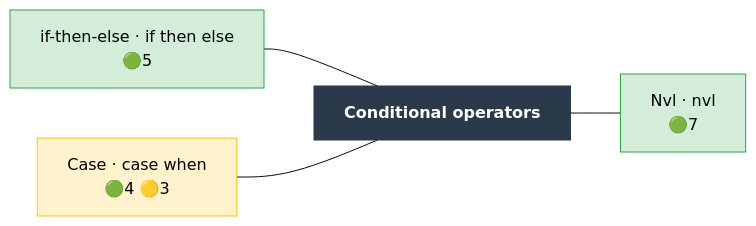
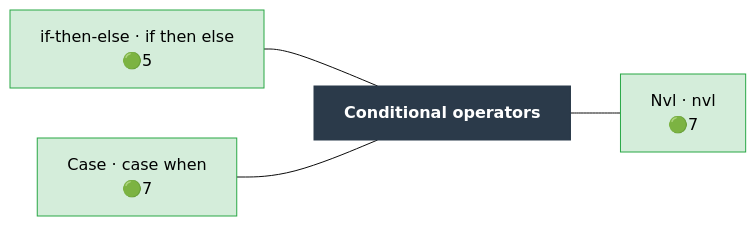
The diagram in docs/operator_map/conditional/index.rst (Meaningful-Data/vtlengine), drawn with Mermaid (base theme) before and after one commit. The commit also changed other lines of this file and 175 other files, not shown here.

```diff
--- a/docs/operator_map/conditional/index.rst
+++ b/docs/operator_map/conditional/index.rst
@@ -24,21 +24,21 @@
 .. mermaid::
    :config: {"flowchart": {"useMaxWidth": false}}
 
    flowchart LR
        classDef ok fill:#d4edda,stroke:#28a745,color:#000
        classDef partial fill:#fff3cd,stroke:#ffc107,color:#000
        classDef refused fill:#d4edda,stroke:#28a745,stroke-width:3px,stroke-dasharray: 2 2,color:#000
        classDef missing fill:#f8d7da,stroke:#dc3545,color:#000
        classDef diverge fill:#cce5ff,stroke:#007bff,color:#000
        classDef block fill:#2b3a4a,stroke:#2b3a4a,color:#fff,font-weight:bold
        classDef ext fill:#fff,stroke:#666,color:#000,stroke-dasharray: 5 5
        B["Conditional operators"]:::block
        conditional__if_then_else["if-then-else · if then else<br/>🟢5"]:::ok
-       conditional__case["Case · case when<br/>🟢4 🟡3"]:::partial
+       conditional__case["Case · case when<br/>🟢7"]:::ok
        conditional__nvl["Nvl · nvl<br/>🟢7"]:::ok
        conditional__if_then_else --- B
        conditional__case --- B
        B --- conditional__nvl
        click conditional__if_then_else href "if_then_else.html"
        click conditional__case href "case.html"
        click conditional__nvl href "nvl.html"
```
